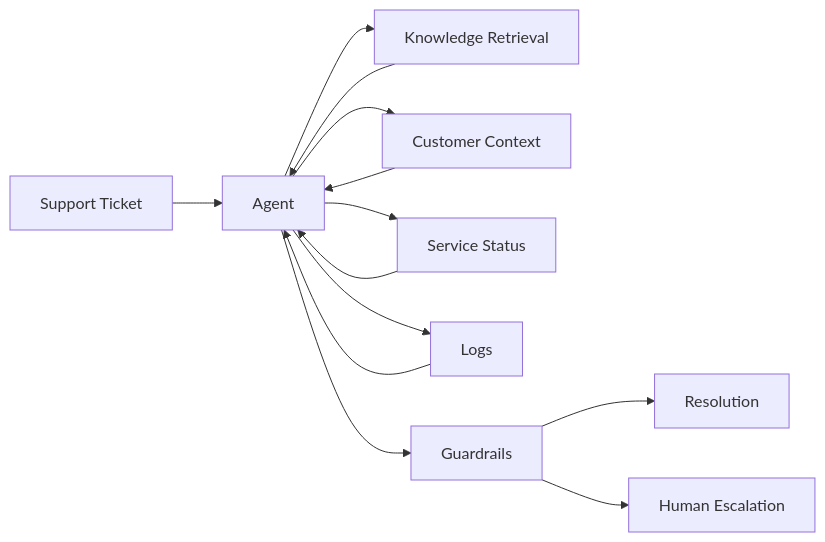
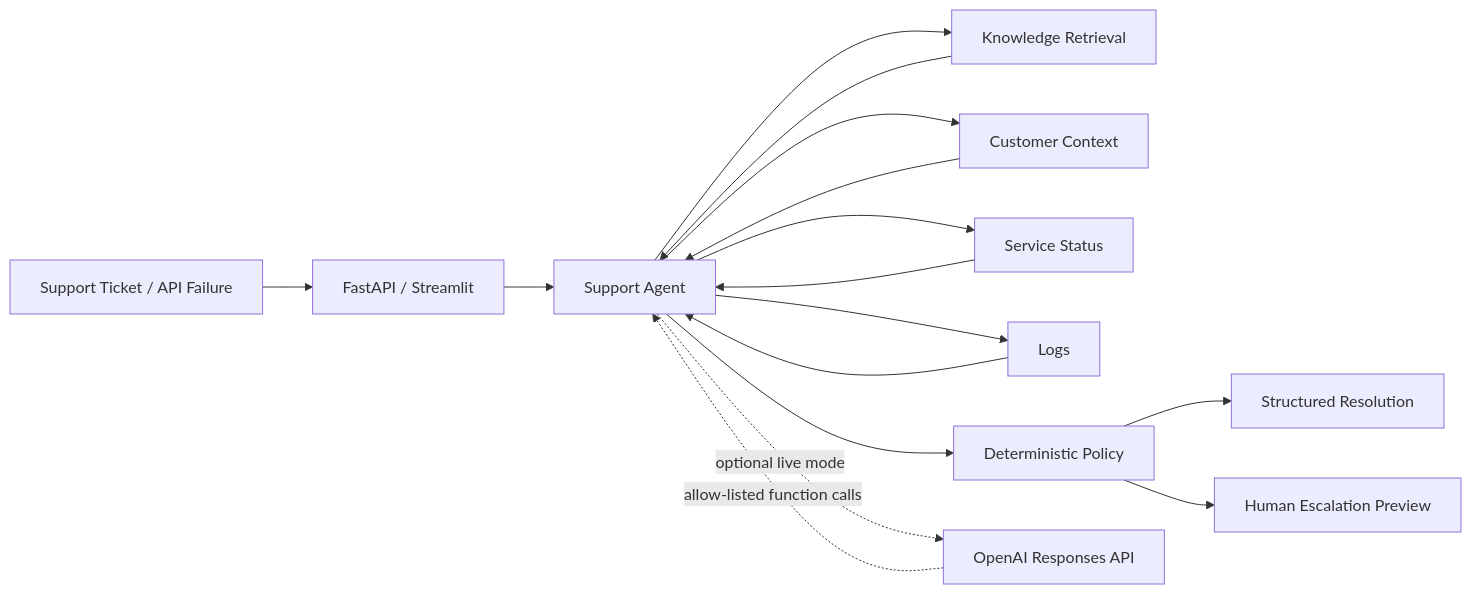
Before and after one commit to danecodesnc/hello-world: the diagram in README.md, drawn with Mermaid. The commit also changed other lines of this file, not shown here.

````diff
--- a/README.md
+++ b/README.md
@@ -35,15 +21,18 @@
 ```mermaid
 flowchart LR
-    T[Support Ticket] --> A[Agent]
+    U[Support Ticket / API Failure] --> API[FastAPI / Streamlit]
+    API --> A[Support Agent]
     A --> KB[Knowledge Retrieval]
     A --> C[Customer Context]
     A --> S[Service Status]
     A --> L[Logs]
     KB --> A
     C --> A
     S --> A
     L --> A
-    A --> G[Guardrails]
-    G --> R[Resolution]
-    G --> H[Human Escalation]
+    A --> P[Deterministic Policy]
+    P --> R[Structured Resolution]
+    P --> H[Human Escalation Preview]
+    A -. optional live mode .-> LLM[OpenAI Responses API]
+    LLM -. allow-listed function calls .-> A
 ```
````
